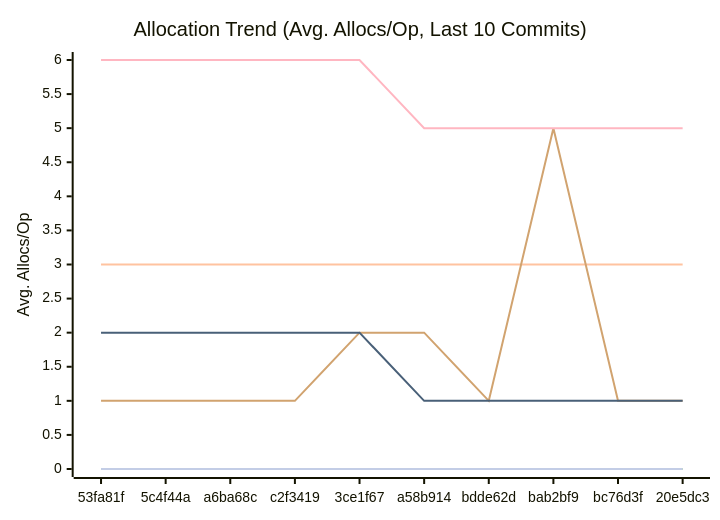
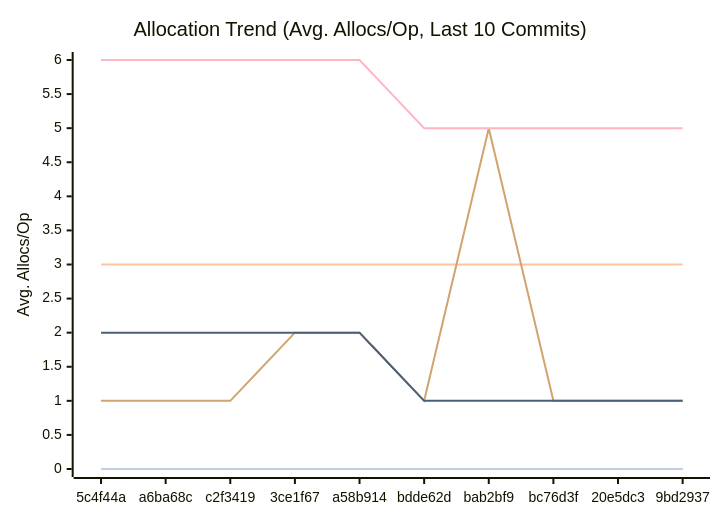
The third of 3 diagrams in docs/PERFORMANCE.md (alsotoes/momo), drawn with Mermaid before and after one commit. The commit also changed other lines of this file and 76 other files, not shown here.

````diff
--- a/docs/PERFORMANCE.md
+++ b/docs/PERFORMANCE.md
@@ -114,16 +114,16 @@
 ```mermaid
 xychart-beta
     title "Allocation Trend (Avg. Allocs/Op, Last 10 Commits)"
     x-axis "Commit"
     y-axis "Avg. Allocs/Op"
-    x-axis [53fa81f,5c4f44a,a6ba68c,c2f3419,3ce1f67,a58b914,bdde62d,bab2bf9,bc76d3f,20e5dc3]
+    x-axis [5c4f44a,a6ba68c,c2f3419,3ce1f67,a58b914,bdde62d,bab2bf9,bc76d3f,20e5dc3,9bd2937]
     line "CheckMetricsAndSwap" [0,0,0,0,0,0,0,0,0,0]
     line "CrushOptimized" [0,0,0,0,0,0,0,0,0,0]
     line "CrushOriginal" [3,3,3,3,3,3,3,3,3,3]
     line "IndexDirectTracking" [0,0,0,0,0,0,0,0,0,0]
     line "IndexSearch" [0,0,0,0,0,0,0,0,0,0]
-    line "LoadGlobalConfig" [1,1,1,1,2,2,1,5,1,1]
+    line "LoadGlobalConfig" [1,1,1,2,2,1,5,1,1,1]
     line "PadString" [0,0,0,0,0,0,0,0,0,0]
     line "ParseReplicationOrder_NoPrealloc" [6,6,6,6,6,5,5,5,5,5]
     line "ParseReplicationOrder_Prealloc" [2,2,2,2,2,1,1,1,1,1]
 ```
````
